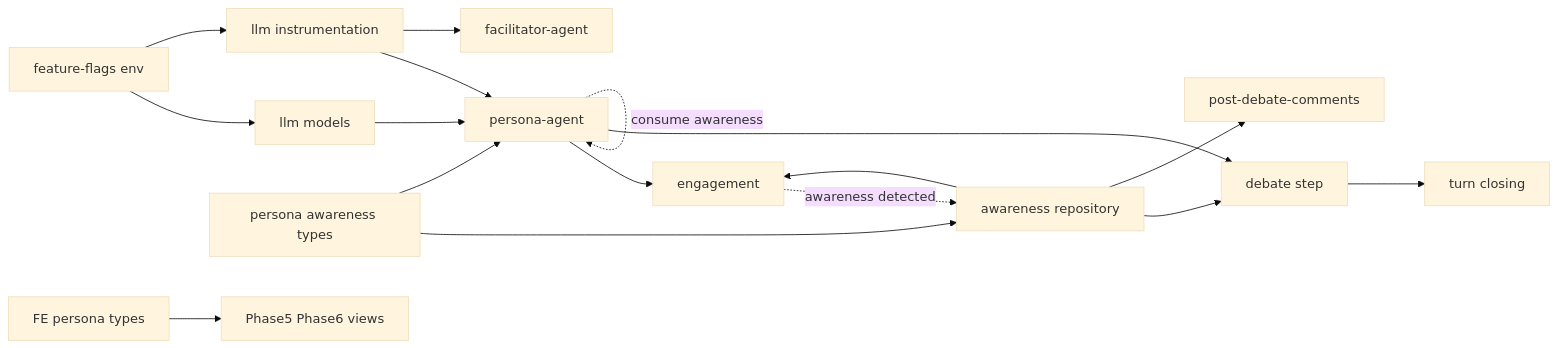
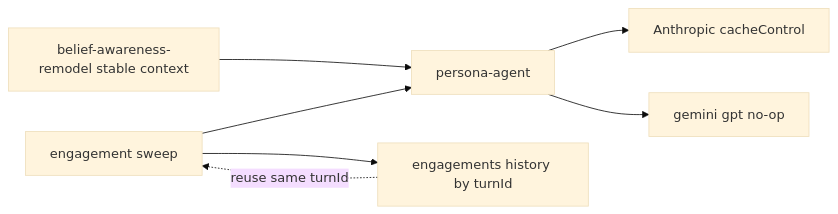
One commit to iyodatakashi/logotope changed the first of 2 diagrams in .kiro/specs/debate-llm-cost-reduction/design.md. Above: the diagram before and after it, drawn with Mermaid (base theme). The commit also changed other lines of this file and 4 other files, not shown here.

First line of the commit message:
docs: debate-llm-cost-reduction の要件・設計・タスクを策定

````diff
--- a/.kiro/specs/debate-llm-cost-reduction/design.md
+++ b/.kiro/specs/debate-llm-cost-reduction/design.md
@@ -53,19 +52,9 @@
 ```mermaid
 graph LR
-    Config[feature-flags env] --> Models[llm models]
-    Config --> Instr[llm instrumentation]
-    Types[persona awareness types] --> AW[awareness repository]
-    Types --> Agent[persona-agent]
-    Models --> Agent
-    Instr --> Agent
-    Instr --> Facil[facilitator-agent]
-    AW --> Engage[engagement]
-    AW --> Step[debate step]
-    Agent --> Engage
-    Agent --> Step
-    Step --> Turn[turn closing]
-    AW --> Comments[post-debate-comments]
-    Engage -.awareness detected.-> AW
-    Agent -.consume awareness.-> Agent
-    FEtypes[FE persona types] --> FEview[Phase5 Phase6 views]
+    Upstream[belief-awareness-remodel stable context] --> PA[persona-agent]
+    PA --> AN[Anthropic cacheControl]
+    PA --> OTHER[gemini gpt no-op]
+    ENG[engagement sweep] --> HIST[engagements history by turnId]
+    HIST -.reuse same turnId.-> ENG
+    ENG --> PA
 ```
````
